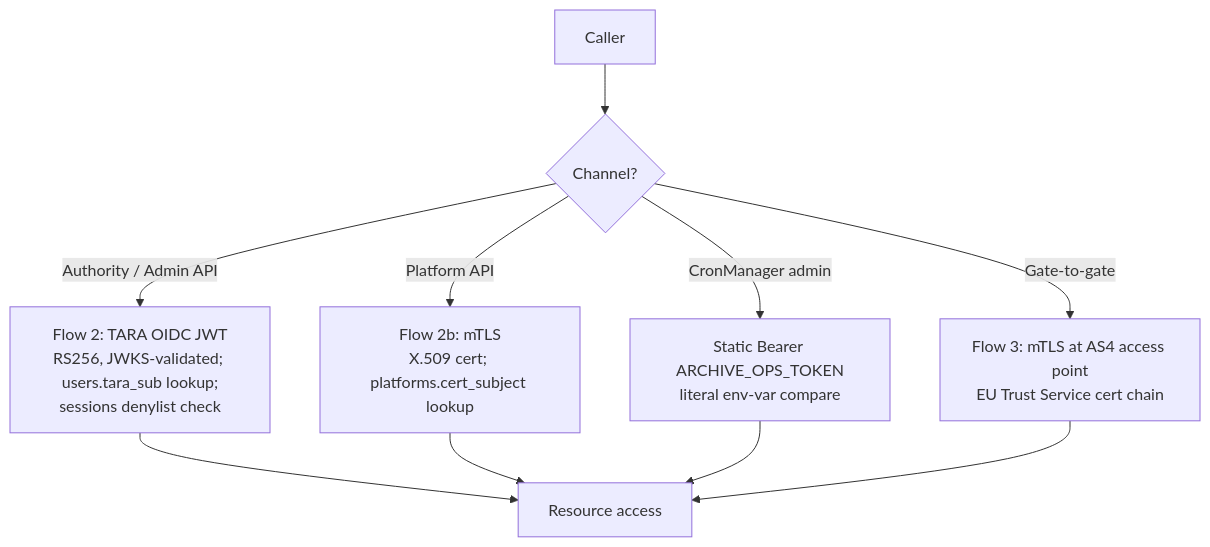
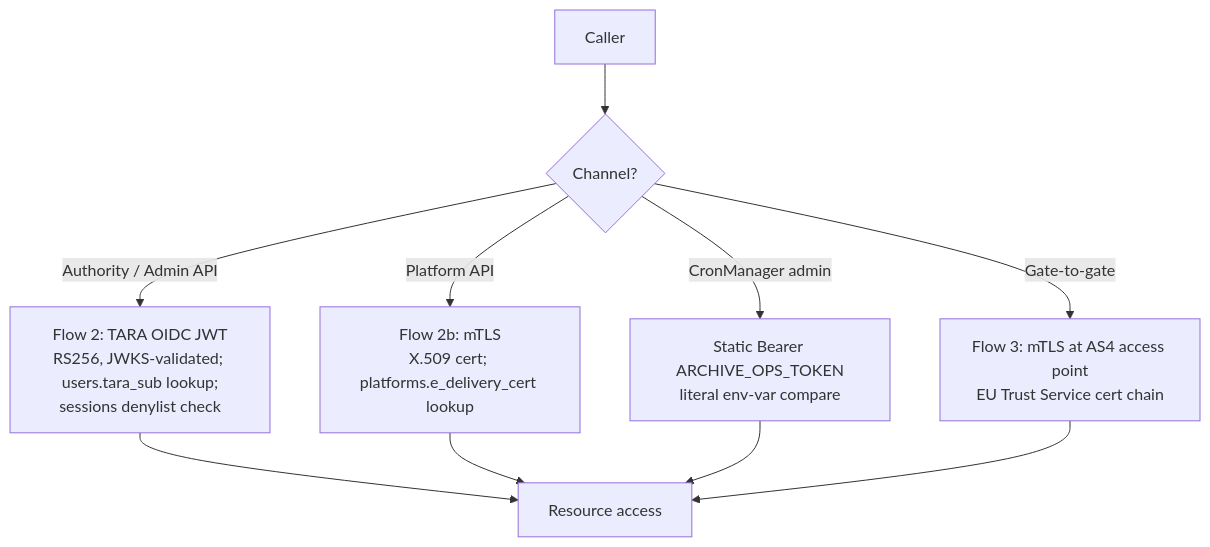
One commit to kemit-ee/efti-gate-ee changed the first of 5 diagrams in docs/architecture/identity-and-access/authentication_and_access_flows.md. Above: the diagram before and after it, drawn with Mermaid. The commit also changed other lines of this file and 34 other files, not shown here.

First line of the commit message:
remove cert subject and cert serial values from the platform entity

````diff
--- a/docs/architecture/identity-and-access/authentication_and_access_flows.md
+++ b/docs/architecture/identity-and-access/authentication_and_access_flows.md
@@ -13,12 +13,12 @@
 ```mermaid
 flowchart TD
     Caller[Caller] --> Type{Channel?}
     Type -- Authority / Admin API --> F2[Flow 2: TARA OIDC JWT<br/>RS256, JWKS-validated; users.tara_sub lookup;<br/>sessions denylist check]
-    Type -- Platform API --> F2b[Flow 2b: mTLS<br/>X.509 cert; platforms.cert_subject lookup]
+    Type -- Platform API --> F2b[Flow 2b: mTLS<br/>X.509 cert; platforms.e_delivery_cert lookup]
     Type -- CronManager admin --> Fops[Static Bearer ARCHIVE_OPS_TOKEN<br/>literal env-var compare]
     Type -- Gate-to-gate --> F3[Flow 3: mTLS at AS4 access point<br/>EU Trust Service cert chain]
     F2 --> Allow[Resource access]
     F2b --> Allow
     Fops --> Allow
     F3 --> Allow
 ```
````
